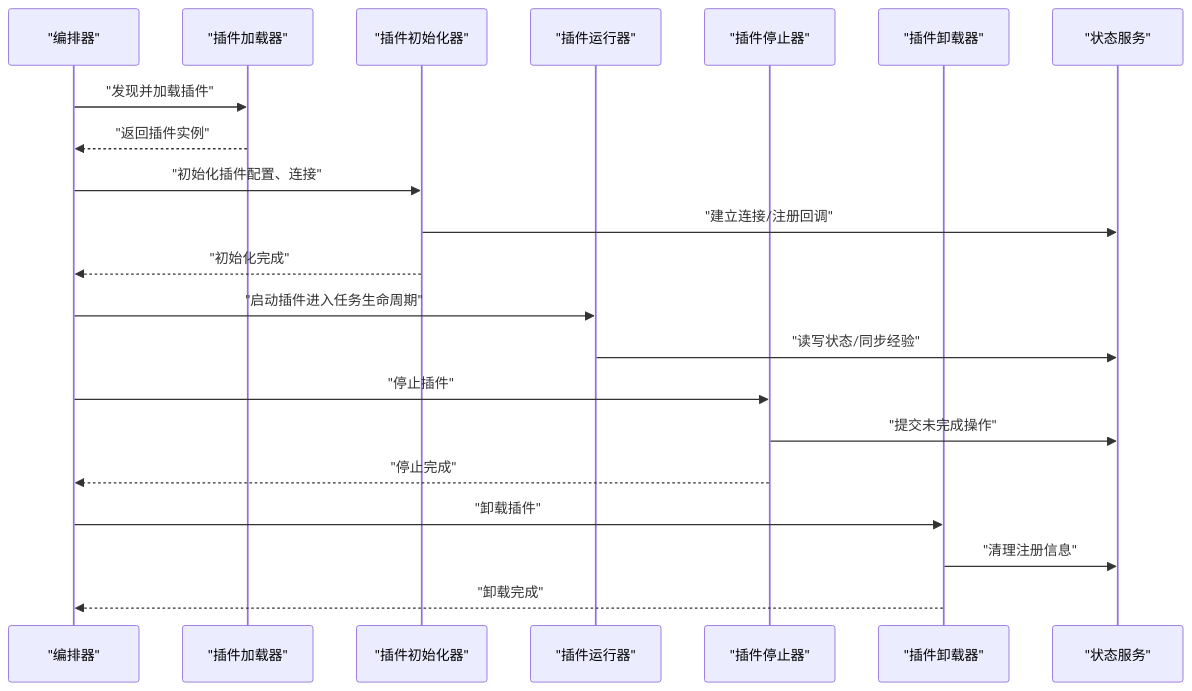
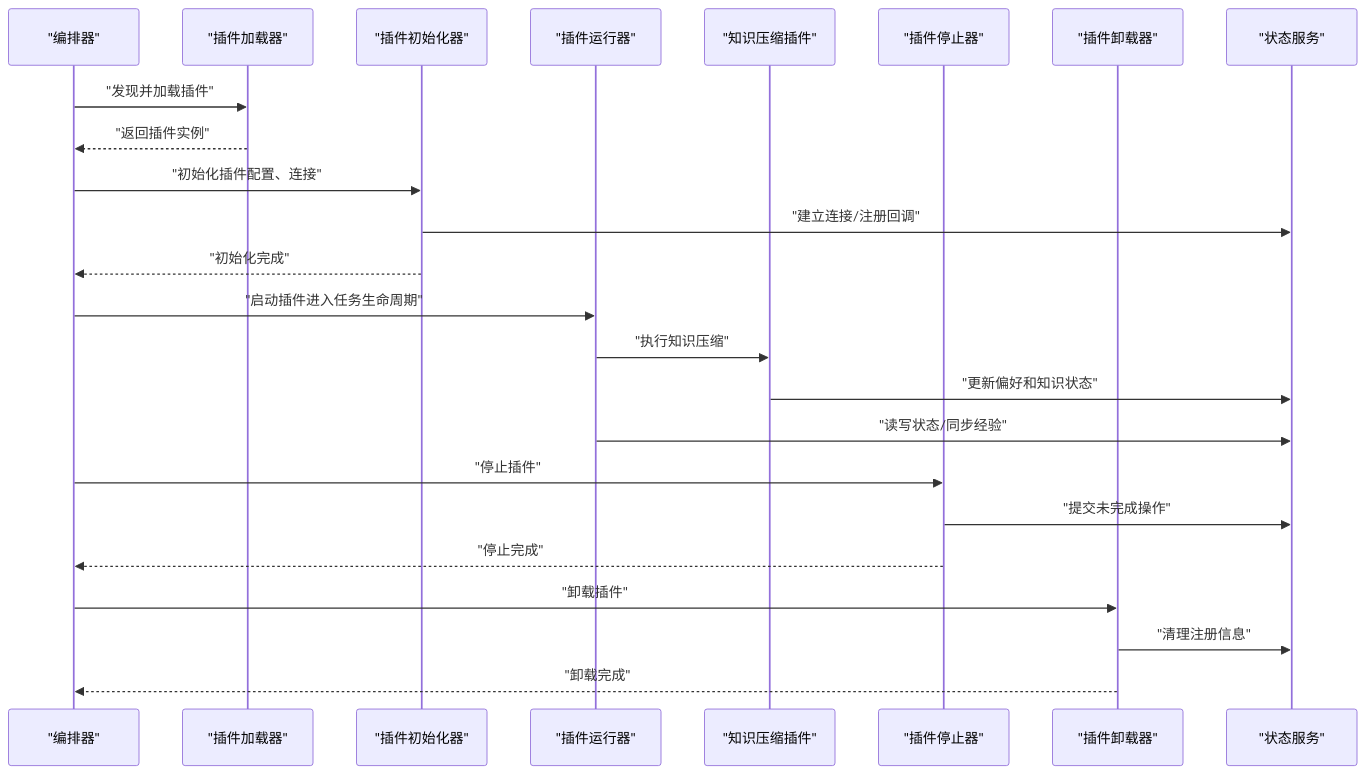
One commit to lgx236/CNAA-Cloud-Native-Agent-Architecture- changed the fourth of 9 diagrams in .qoder/repowiki/zh/content/开发指南/插件开发指南/插件生命周期管理.md. Above: the diagram before and after it, drawn with Mermaid. The commit also changed other lines of this file and 98 other files, not shown here.

Commit message:
feat: Add cloud-local distributed architecture configuration & deployment docs

````diff
--- a/.qoder/repowiki/zh/content/开发指南/插件开发指南/插件生命周期管理.md
+++ b/.qoder/repowiki/zh/content/开发指南/插件开发指南/插件生命周期管理.md
@@ -178,23 +236,26 @@
 ```mermaid
 sequenceDiagram
 participant Orchestrator as "编排器"
 participant Loader as "插件加载器"
 participant Init as "插件初始化器"
 participant Runner as "插件运行器"
+participant Knowledge as "知识压缩插件"
 participant Stopper as "插件停止器"
 participant Unloader as "插件卸载器"
 participant StateSvc as "状态服务"
 Orchestrator->>Loader : "发现并加载插件"
 Loader-->>Orchestrator : "返回插件实例"
 Orchestrator->>Init : "初始化插件配置、连接"
 Init->>StateSvc : "建立连接/注册回调"
 Init-->>Orchestrator : "初始化完成"
 Orchestrator->>Runner : "启动插件进入任务生命周期"
+Runner->>Knowledge : "执行知识压缩"
+Knowledge->>StateSvc : "更新偏好和知识状态"
 Runner->>StateSvc : "读写状态/同步经验"
 Orchestrator->>Stopper : "停止插件"
 Stopper->>StateSvc : "提交未完成操作"
 Stopper-->>Orchestrator : "停止完成"
 Orchestrator->>Unloader : "卸载插件"
 Unloader->>StateSvc : "清理注册信息"
 Unloader-->>Orchestrator : "卸载完成"
 ```
````
